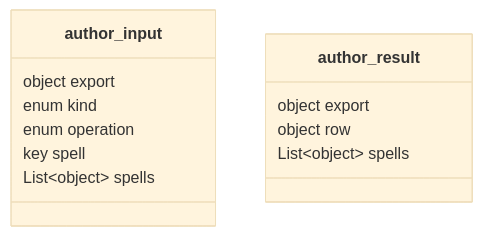
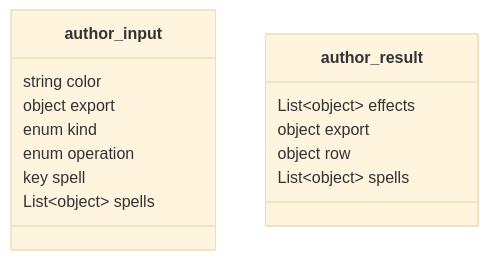
The fifth of 30 diagrams in docs/backend/contract-diagram.md (SETA1609/riftweave-core), drawn with Mermaid (base theme) before and after one commit. The commit also changed other lines of this file and 145 other files, not shown here.

````diff
--- a/docs/backend/contract-diagram.md
+++ b/docs/backend/contract-diagram.md
@@ -219,15 +223,17 @@
 ```mermaid
 classDiagram
     class author_input {
+        string color
         object export
         enum kind
         enum operation
         key spell
         List~object~ spells
     }
     class author_result {
+        List~object~ effects
         object export
         object row
         List~object~ spells
     }
 ```
````
